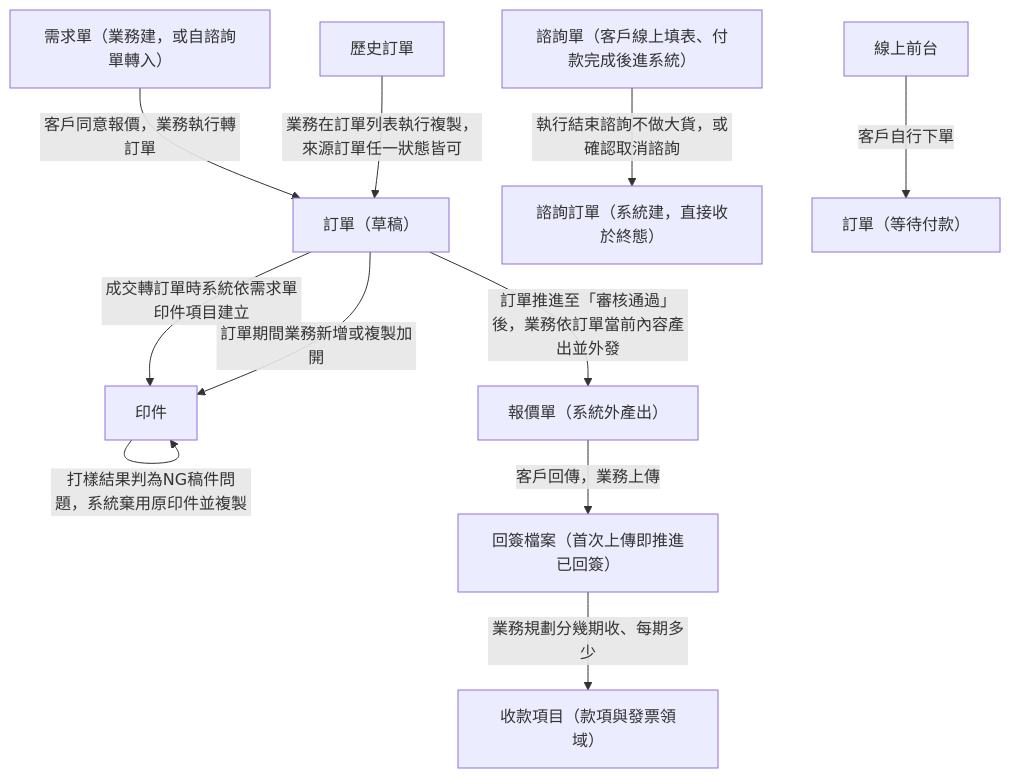
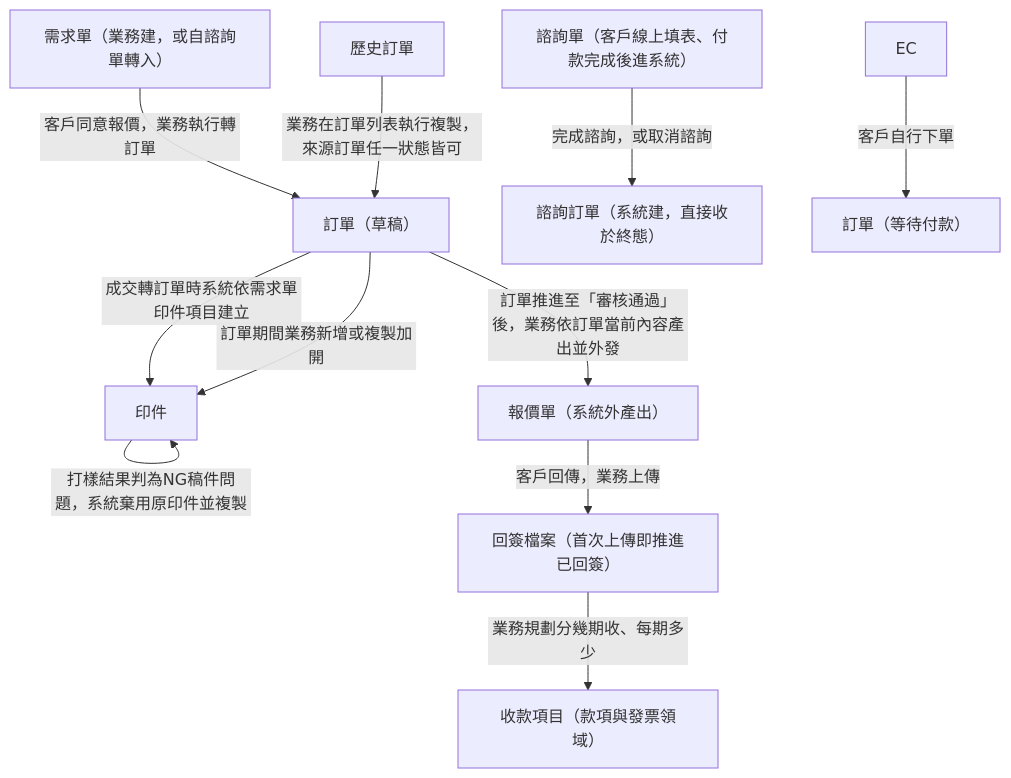
The second of 6 diagrams in memory/Sens_wiki/wiki/erp/05-entities/訂單領域資料結構總覽.md (Kawato-Miles/erp-spec), drawn with Mermaid before and after one commit. The commit also changed other lines of this file and 31 other files, not shown here.

````diff
--- a/memory/Sens_wiki/wiki/erp/05-entities/訂單領域資料結構總覽.md
+++ b/memory/Sens_wiki/wiki/erp/05-entities/訂單領域資料結構總覽.md
@@ -56,13 +57,13 @@
 ```mermaid
 flowchart TD
     A["需求單（業務建，或自諮詢單轉入）"] -->|"客戶同意報價，業務執行轉訂單"| B["訂單（草稿）"]
-    C["諮詢單（客戶線上填表、付款完成後進系統）"] -->|"執行結束諮詢不做大貨，或確認取消諮詢"| D["諮詢訂單（系統建，直接收於終態）"]
-    E["線上前台"] -->|"客戶自行下單"| F["訂單（等待付款）"]
+    C["諮詢單（客戶線上填表、付款完成後進系統）"] -->|"完成諮詢，或取消諮詢"| D["諮詢訂單（系統建，直接收於終態）"]
+    E["EC"] -->|"客戶自行下單"| F["訂單（等待付款）"]
     G["歷史訂單"] -->|"業務在訂單列表執行複製，來源訂單任一狀態皆可"| B
     B -->|"成交轉訂單時系統依需求單印件項目建立"| H["印件"]
     B -->|"訂單期間業務新增或複製加開"| H
     H -->|"打樣結果判為NG稿件問題，系統棄用原印件並複製"| H
     B -->|"訂單推進至「審核通過」後，業務依訂單當前內容產出並外發"| K["報價單（系統外產出）"]
     K -->|"客戶回傳，業務上傳"| L["回簽檔案（首次上傳即推進已回簽）"]
     L -->|"業務規劃分幾期收、每期多少"| M["收款項目（款項與發票領域）"]
 ```
````
